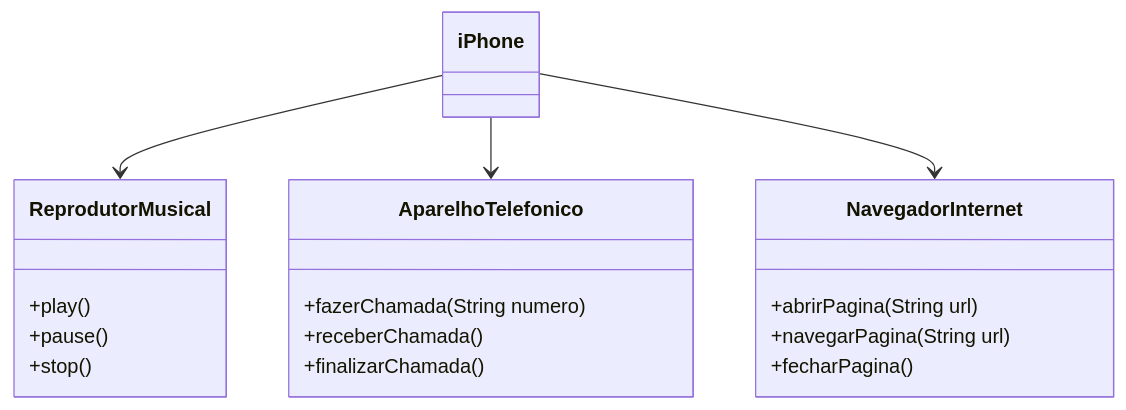
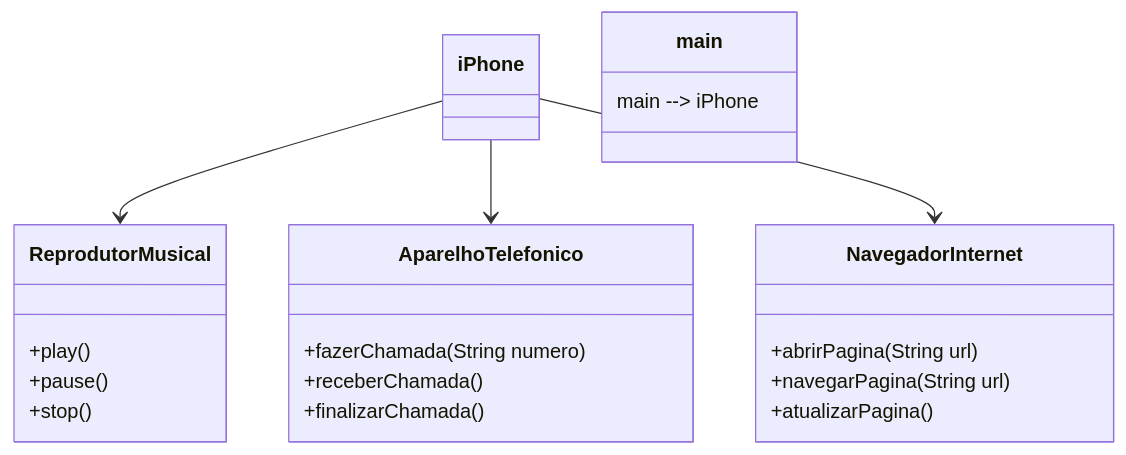
Before and after one commit to david93dev/exercicio-interface-dio: the diagram in README.md, drawn with Mermaid.

````diff
--- a/README.md
+++ b/README.md
@@ -2,27 +2,31 @@
 ```mermaid
 classDiagram
     class ReprodutorMusical {
         +play()
         +pause()
         +stop()
     }
 
     class AparelhoTelefonico {
         +fazerChamada(String numero)
         +receberChamada()
         +finalizarChamada()
     }
 
     class NavegadorInternet {
         +abrirPagina(String url)
         +navegarPagina(String url)
-        +fecharPagina()
+        +atualizarPagina()
     }
 
     class iPhone {
     }
 
     iPhone --> ReprodutorMusical
     iPhone --> AparelhoTelefonico
     iPhone --> NavegadorInternet
+
+    class main {
+    main --> iPhone
+    }
 ```
````
